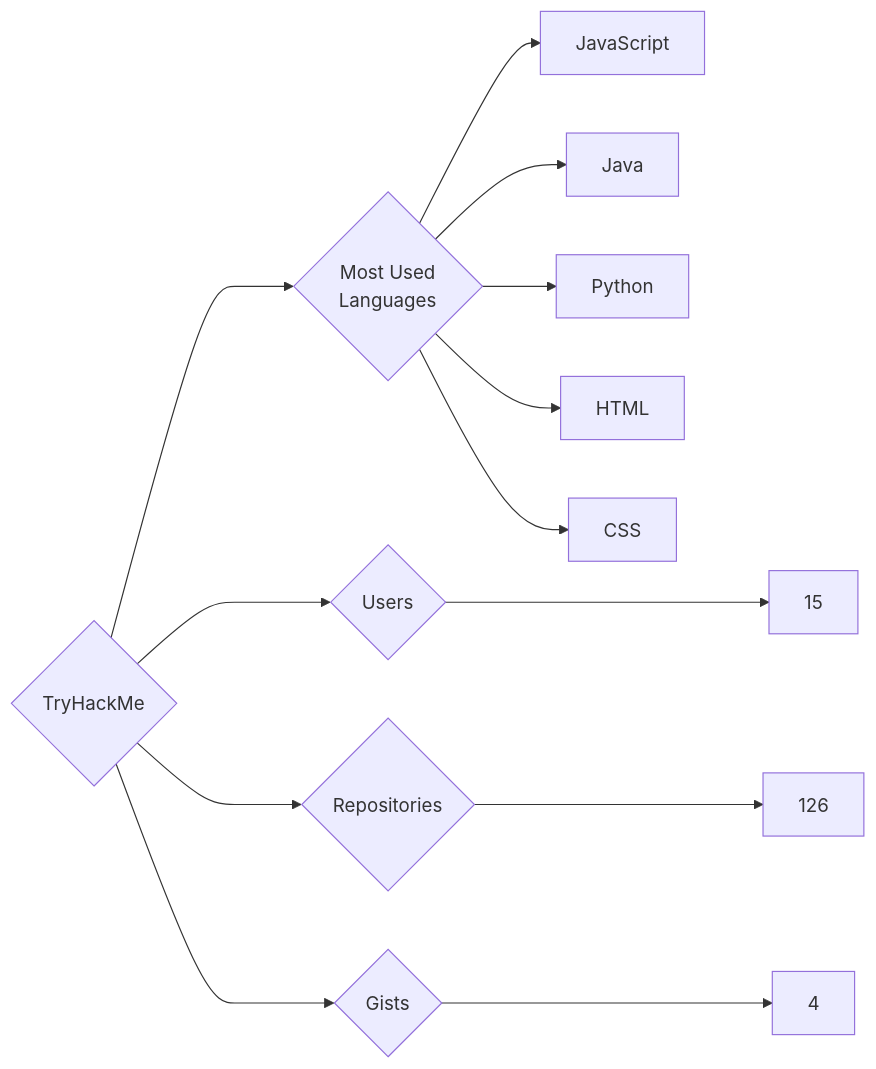
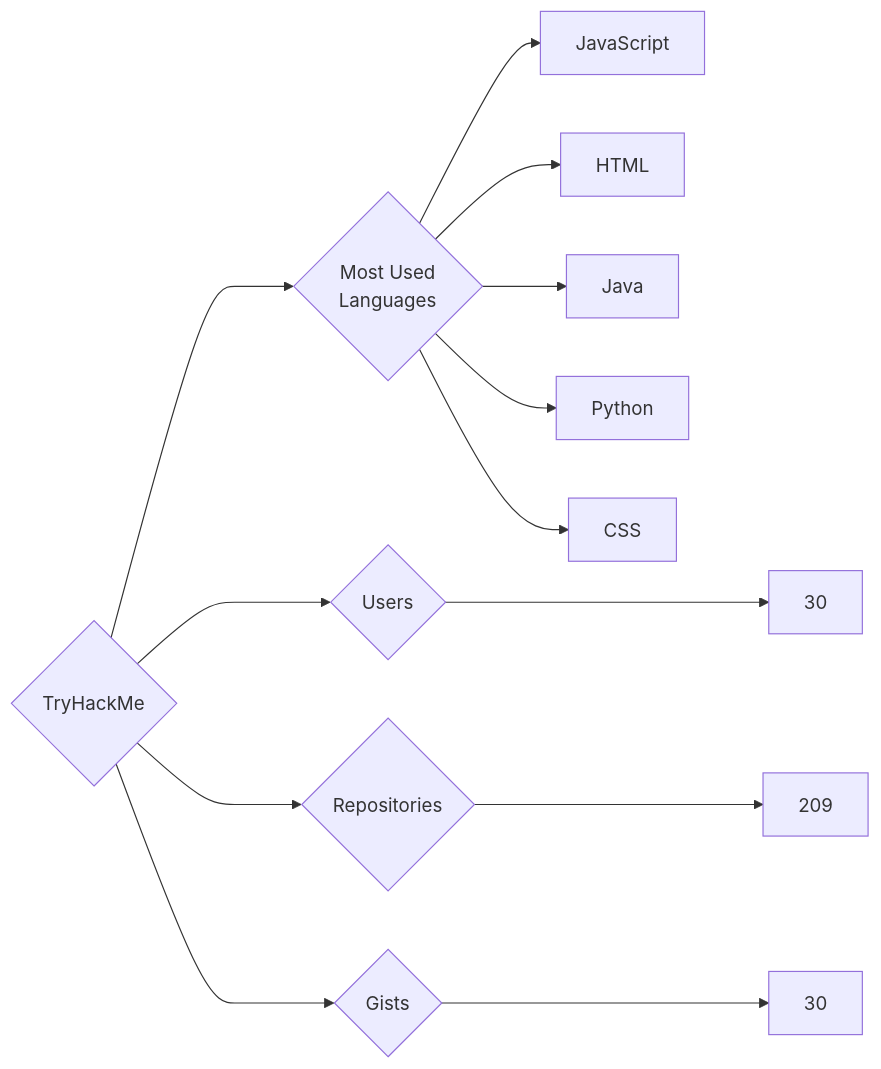
Before and after one commit to trickest/insiders: the diagram in targets/TryHackMe/README.md, drawn with Mermaid. The commit also changed 903 other files, not shown here.

````diff
--- a/targets/TryHackMe/README.md
+++ b/targets/TryHackMe/README.md
@@ -3,13 +3,13 @@
 ```mermaid
 graph LR
 COMPANY_NAME{TryHackMe}
-COMPANY_NAME ---> U{Users} ---> UN[15]
-COMPANY_NAME ---> R{Repositories} ---> RN[126]
-COMPANY_NAME ---> G{Gists} ---> GN[4]
+COMPANY_NAME ---> U{Users} ---> UN[30]
+COMPANY_NAME ---> R{Repositories} ---> RN[209]
+COMPANY_NAME ---> G{Gists} ---> GN[30]
 COMPANY_NAME ---> ML{Most Used<br>Languages}
 ML --> JavaScript[JavaScript]
+ML --> HTML[HTML]
 ML --> Java[Java]
 ML --> Python[Python]
-ML --> HTML[HTML]
 ML --> CSS[CSS]
 ```
````
